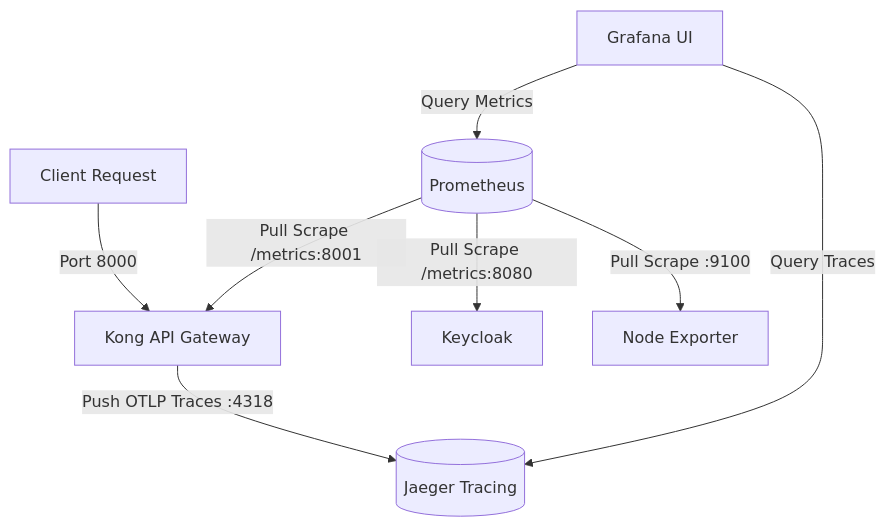
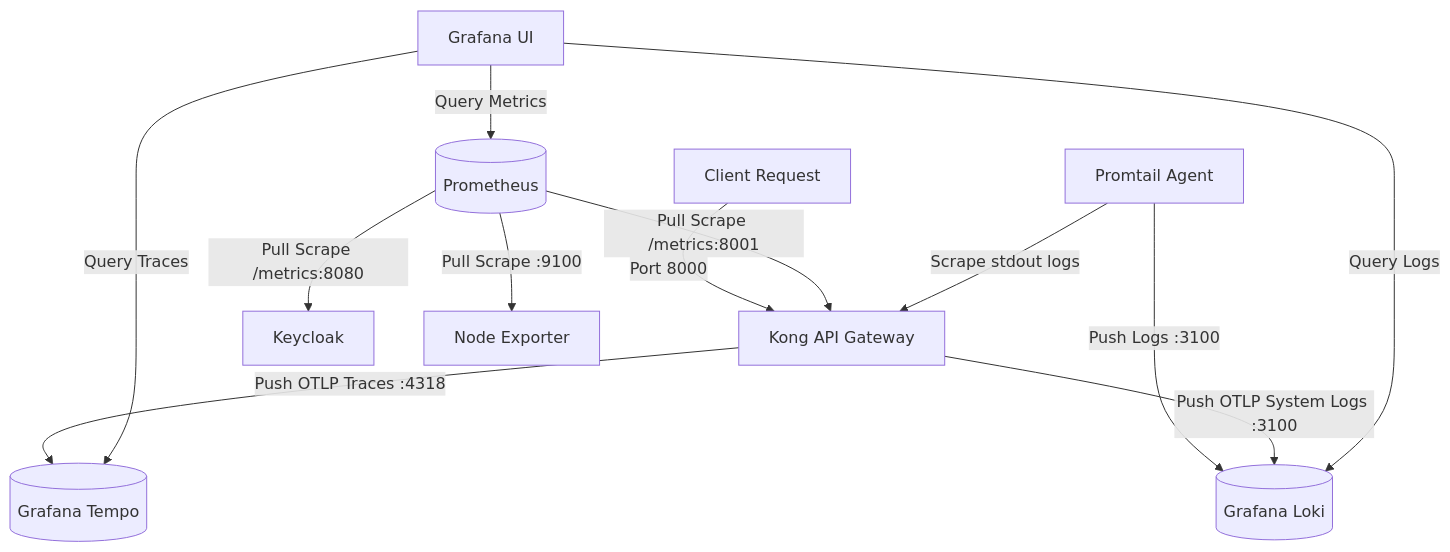
One commit to m-umair-khan-dev/kong-keycloak-prom-grafana changed the diagram in OBSERVABILITY.md. Above: the diagram before and after it, drawn with Mermaid. The commit also changed other lines of this file and 1 other file, not shown here.

Commit message:
update documentation for loki and tempo observability services

````diff
--- a/OBSERVABILITY.md
+++ b/OBSERVABILITY.md
@@ -11,16 +11,22 @@
 ```mermaid
 graph TD
     Client[Client Request] -->|Port 8000| Kong[Kong API Gateway]
     
     %% Metrics Collection
     Prometheus[(Prometheus)] -->|Pull Scrape /metrics:8001| Kong
     Prometheus -->|Pull Scrape /metrics:8080| Keycloak[Keycloak]
     Prometheus -->|Pull Scrape :9100| Node[Node Exporter]
     
+    %% Logs Collection
+    Promtail[Promtail Agent] -->|Scrape stdout logs| Kong
+    Promtail -->|Push Logs :3100| Loki[(Grafana Loki)]
+    Kong -->|Push OTLP System Logs :3100| Loki
+    
     %% Tracing Collection
-    Kong -->|Push OTLP Traces :4318| Jaeger[(Jaeger Tracing)]
+    Kong -->|Push OTLP Traces :4318| Tempo[(Grafana Tempo)]
     
-    %% Visualization
+    %% Visualization & Correlation
     Grafana[Grafana UI] -->|Query Metrics| Prometheus
-    Grafana -->|Query Traces| Jaeger
+    Grafana -->|Query Logs| Loki
+    Grafana -->|Query Traces| Tempo
 ```
````
